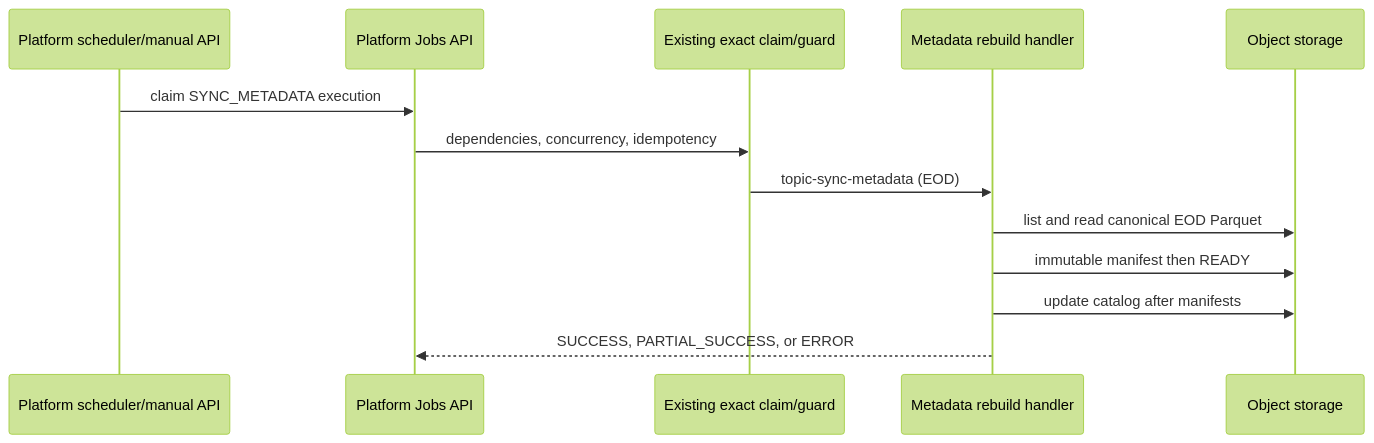
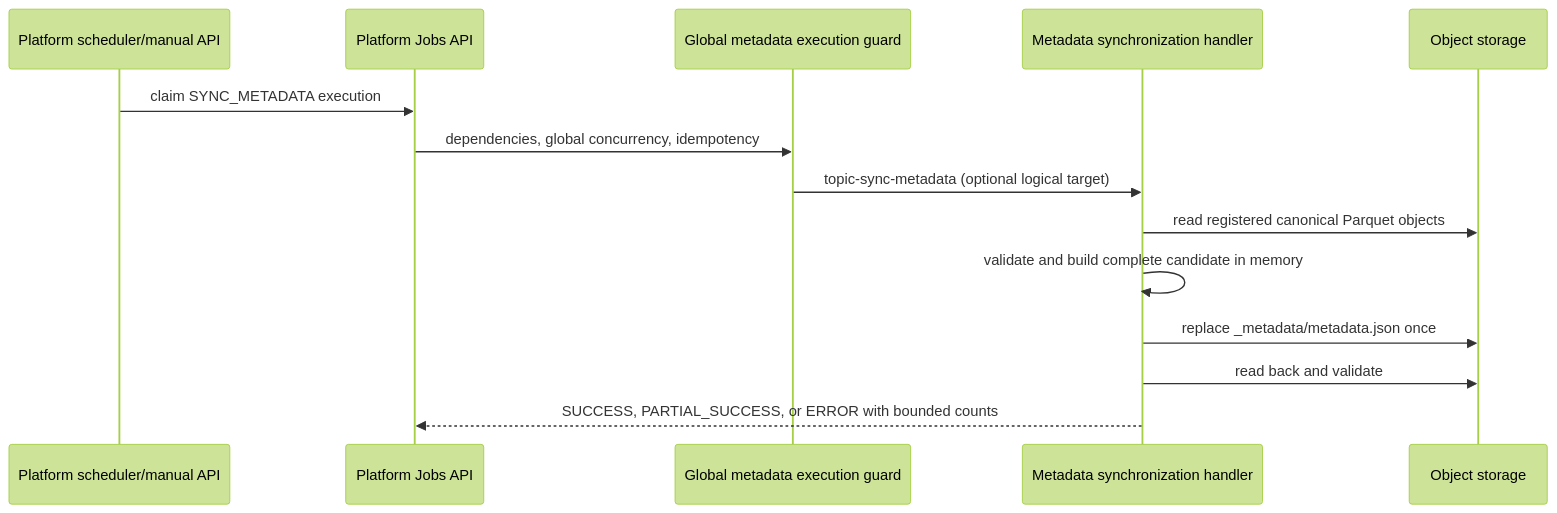
Before and after one commit to tanlocit9/omni: the third of 6 diagrams in docs/flows/001-job-execution.md, drawn with Mermaid (forest theme). The commit also changed other lines of this file and 56 other files, not shown here.

````diff
--- a/docs/flows/001-job-execution.md
+++ b/docs/flows/001-job-execution.md
@@ -111,16 +112,17 @@
 ```mermaid
 sequenceDiagram
   participant Scheduler as Platform scheduler/manual API
   participant API as Platform Jobs API
-  participant Claim as Existing exact claim/guard
-  participant Worker as Metadata rebuild handler
+  participant Claim as Global metadata execution guard
+  participant Worker as Metadata synchronization handler
   participant Storage as Object storage
 
   Scheduler->>API: claim SYNC_METADATA execution
-  API->>Claim: dependencies, concurrency, idempotency
-  Claim->>Worker: topic-sync-metadata (EOD)
-  Worker->>Storage: list and read canonical EOD Parquet
-  Worker->>Storage: immutable manifest then READY
-  Worker->>Storage: update catalog after manifests
-  Worker-->>API: SUCCESS, PARTIAL_SUCCESS, or ERROR
+  API->>Claim: dependencies, global concurrency, idempotency
+  Claim->>Worker: topic-sync-metadata (optional logical target)
+  Worker->>Storage: read registered canonical Parquet objects
+  Worker->>Worker: validate and build complete candidate in memory
+  Worker->>Storage: replace _metadata/metadata.json once
+  Worker->>Storage: read back and validate
+  Worker-->>API: SUCCESS, PARTIAL_SUCCESS, or ERROR with bounded counts
 ```
````
